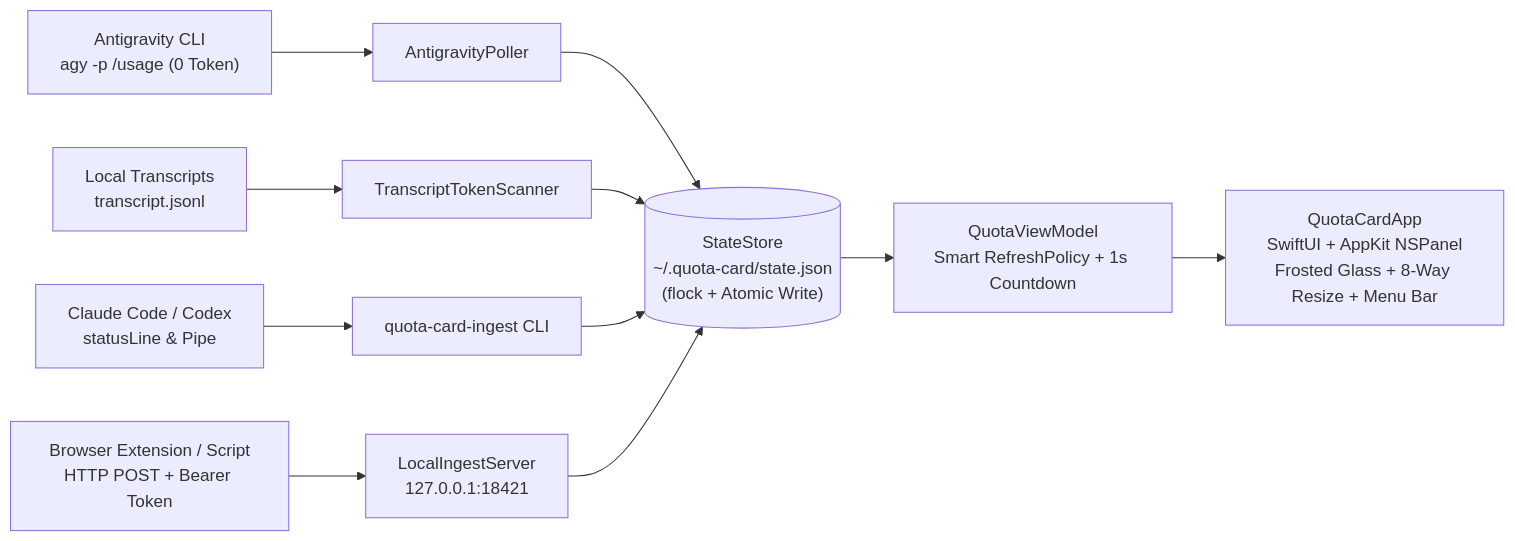
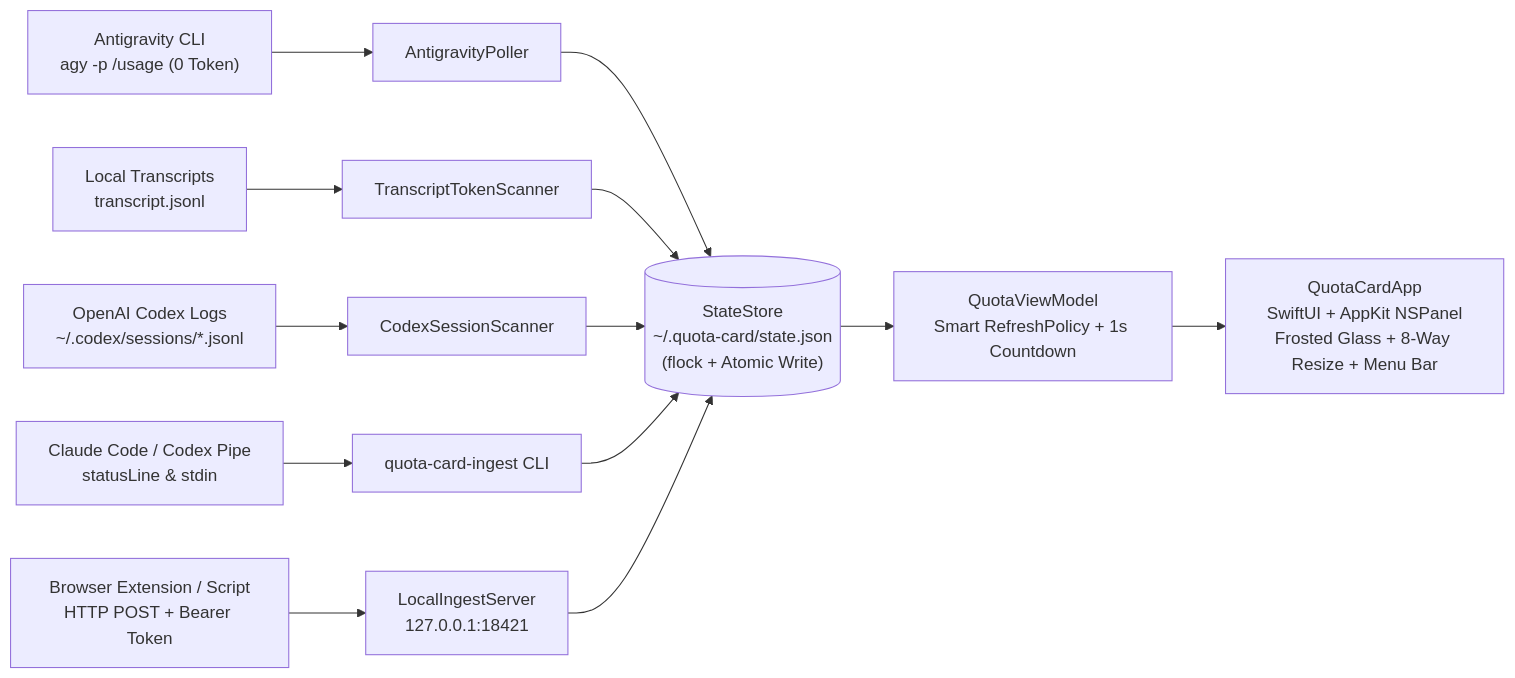
Before and after one commit to kingben8898-source/QuotaCard: the diagram in README.md, drawn with Mermaid. The commit also changed other lines of this file and 9 other files, not shown here.

Commit message:
feat: add automatic OpenAI Codex local session quota & token sync with Smart Power-Saving policy (v1.1.0)

````diff
--- a/README.md
+++ b/README.md
@@ -99,15 +99,17 @@
 ```mermaid
 flowchart LR
     A["Antigravity CLI<br/>agy -p /usage (0 Token)"] --> P["AntigravityPoller"]
     B["Local Transcripts<br/>transcript.jsonl"] --> T["TranscriptTokenScanner"]
-    C["Claude Code / Codex<br/>statusLine & Pipe"] --> I["quota-card-ingest CLI"]
+    E["OpenAI Codex Logs<br/>~/.codex/sessions/*.jsonl"] --> X["CodexSessionScanner"]
+    C["Claude Code / Codex Pipe<br/>statusLine & stdin"] --> I["quota-card-ingest CLI"]
     D["Browser Extension / Script<br/>HTTP POST + Bearer Token"] --> H["LocalIngestServer<br/>127.0.0.1:18421"]
 
     P --> S[("StateStore<br/>~/.quota-card/state.json<br/>(flock + Atomic Write)")]
     T --> S
+    X --> S
     I --> S
     H --> S
 
     S --> V["QuotaViewModel<br/>Smart RefreshPolicy + 1s Countdown"]
     V --> UI["QuotaCardApp<br/>SwiftUI + AppKit NSPanel<br/>Frosted Glass + 8-Way Resize + Menu Bar"]
 ```
````
